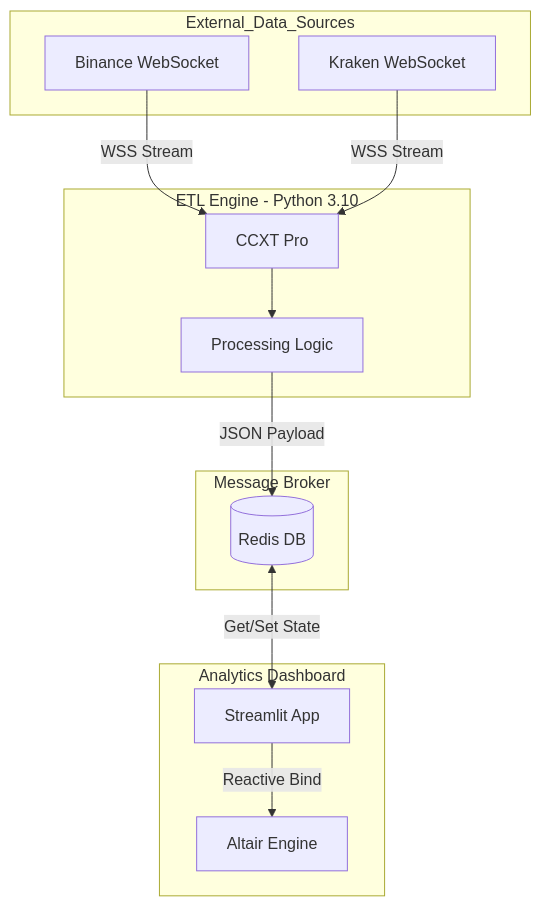
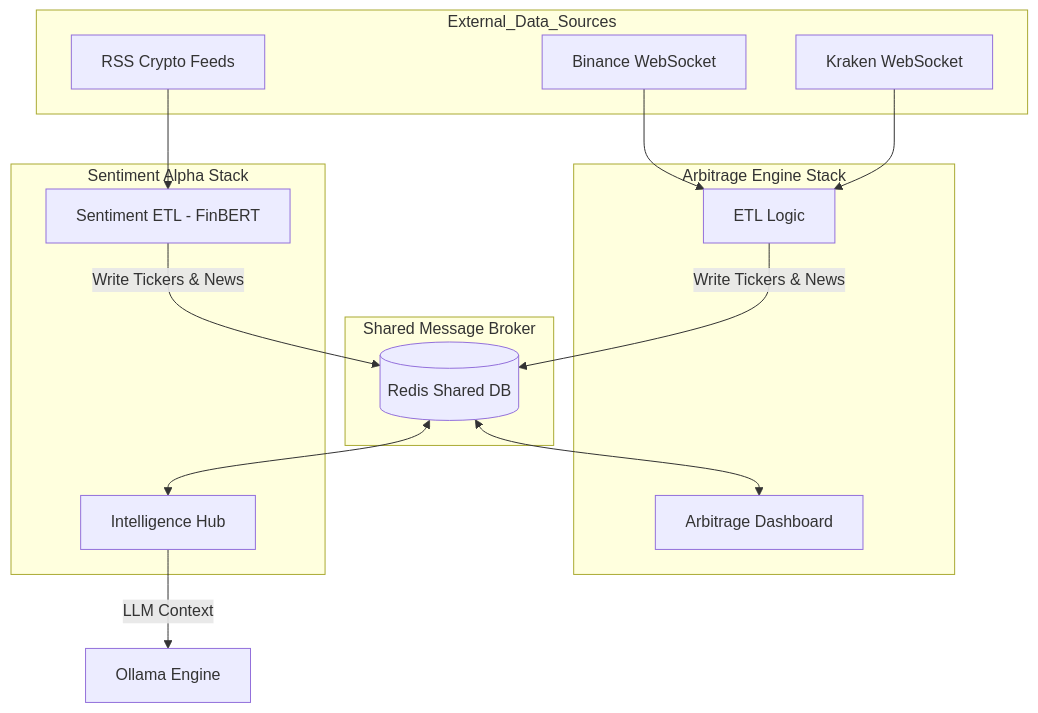
Before and after one commit to PandoraQS/Crypto-Arbitrage-Stealth: the first of 4 diagrams in README.md, drawn with Mermaid. The commit also changed other lines of this file and 2 other files, not shown here.

Commit message:
Enhance README and Docker configuration for multi-app integration and shared networking.
- Added documentation for the shared Docker network configuration.
- Updated Docker Compose to include the external network for services.
- Improved frontend app logic to handle data validation and display messages for insufficient data.

````diff
--- a/README.md
+++ b/README.md
@@ -11,28 +11,29 @@
 ```mermaid
 graph TD
     subgraph External_Data_Sources
         B[Binance WebSocket]
         K[Kraken WebSocket]
+        News[RSS Crypto Feeds]
     end
 
-    subgraph Backend_Service[ETL Engine - Python 3.10]
-        CCXT[CCXT Pro]
-        PROC[Processing Logic]
+    subgraph Persistence_Layer[Shared Message Broker]
+        R[(Redis Shared DB)]
     end
 
-    subgraph Persistence_Layer[Message Broker]
-        R[(Redis DB)]
+    subgraph App_1_Arbitrage[Arbitrage Engine Stack]
+        PROC[ETL Logic]
+        ST_A[Arbitrage Dashboard]
     end
 
-    subgraph Frontend_Service[Analytics Dashboard]
-        ST[Streamlit App]
-        ALT[Altair Engine]
+    subgraph App_2_Sentiment[Sentiment Alpha Stack]
+        SENT[Sentiment ETL - FinBERT]
+        ST_S[Intelligence Hub]
     end
 
-    B -->|WSS Stream| CCXT
-    K -->|WSS Stream| CCXT
-    CCXT --> PROC
-    PROC -->|JSON Payload| R
-    R <-->|Get/Set State| ST
-    ST -->|Reactive Bind| ALT
+    B & K --> PROC
+    News --> SENT
+    PROC & SENT -->|Write Tickers & News| R
+    R <--> ST_A
+    R <--> ST_S
+    ST_S -->|LLM Context| Llama3[Ollama Engine]
 ```
````
